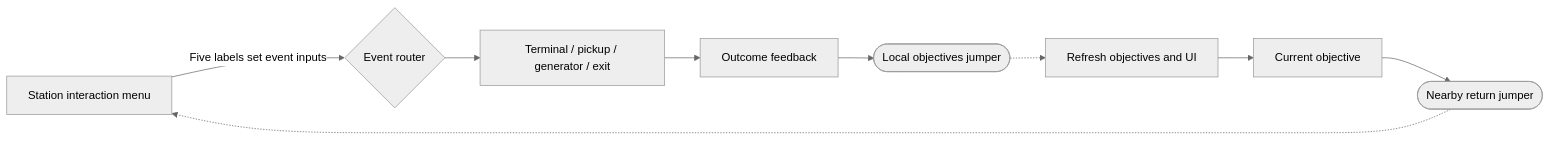
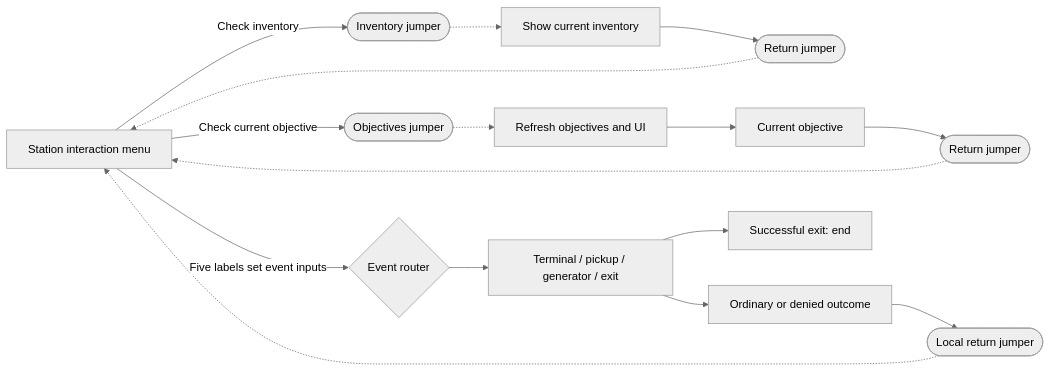
The first of 3 diagrams in docs/narrative.md (arcweave/arcweave-unreal-quest-example), drawn with Mermaid (neutral theme) before and after one commit. The commit also changed other lines of this file and 11 other files, not shown here.

Commit message:
feat: add optional station inventory and objective queries

````diff
--- a/docs/narrative.md
+++ b/docs/narrative.md
@@ -23,11 +34,18 @@
 ```mermaid
 flowchart LR
-    Menu[Station interaction menu] -->|Five labels set event inputs| Router{Event router}
+    Menu[Station interaction menu] -->|Check inventory| InventoryJump([Inventory jumper])
+    InventoryJump -.-> Inventory[Show current inventory]
+    Inventory --> InventoryReturn([Return jumper])
+    InventoryReturn -.-> Menu
+    Menu -->|Check current objective| ObjectiveJump([Objectives jumper])
+    ObjectiveJump -.-> UI[Refresh objectives and UI]
+    UI --> Objective[Current objective]
+    Objective --> ObjectiveReturn([Return jumper])
+    ObjectiveReturn -.-> Menu
+    Menu -->|Five labels set event inputs| Router{Event router}
     Router --> Flows[Terminal / pickup / generator / exit]
-    Flows --> Feedback[Outcome feedback]
-    Feedback --> Objectives([Local objectives jumper])
-    Objectives -.-> UI[Refresh objectives and UI]
-    UI --> Objective[Current objective]
-    Objective --> Return([Nearby return jumper])
+    Flows --> Feedback[Ordinary or denied outcome]
+    Feedback --> Return([Local return jumper])
     Return -.-> Menu
+    Flows --> Completed[Successful exit: end]
 ```
````
